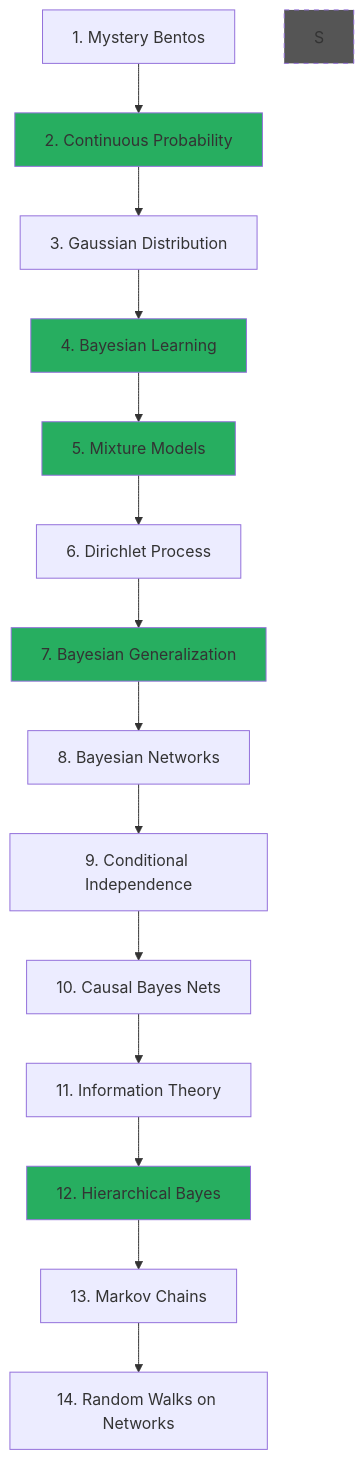
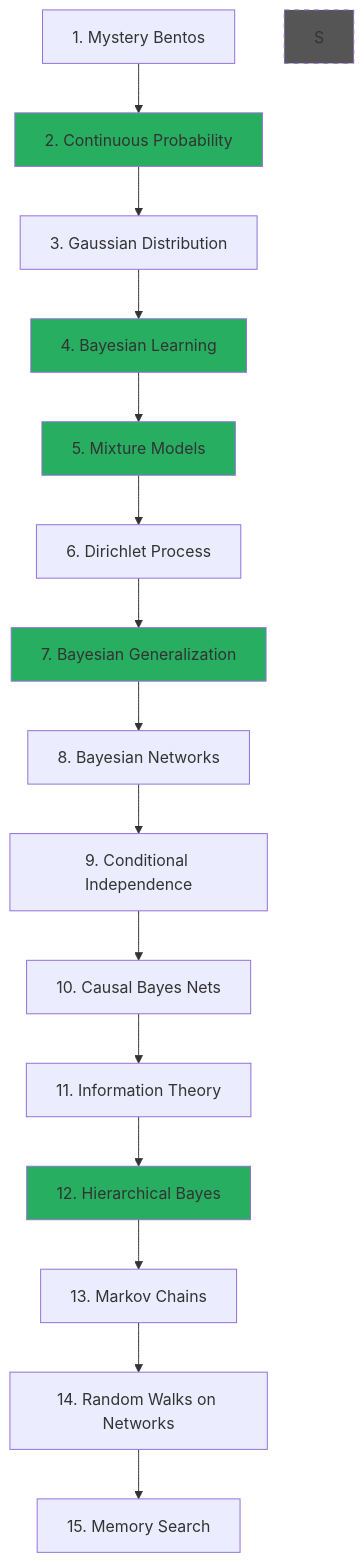
One commit to josephausterweil/probintro changed the diagram in content/intro2/_index.md. Above: the diagram before and after it, drawn with Mermaid. The commit also changed other lines of this file and 2 other files, not shown here.

First line of the commit message:
T3 Ch 15: Memory Search as a Random Walk

````diff
--- a/content/intro2/_index.md
+++ b/content/intro2/_index.md
@@ -34,25 +34,26 @@
 ```mermaid
 graph TB
     A[1. Mystery Bentos] --> B[2. Continuous Probability]
     B --> C[3. Gaussian Distribution]
     C --> D[4. Bayesian Learning]
     D --> E[5. Mixture Models]
     E --> F[6. Dirichlet Process]
     F --> G[7. Bayesian Generalization]
     G --> H[8. Bayesian Networks]
     H --> I[9. Conditional Independence]
     I --> J[10. Causal Bayes Nets]
     J --> K[11. Information Theory]
     K --> L[12. Hierarchical Bayes]
     L --> M[13. Markov Chains]
     M --> N[14. Random Walks on Networks]
+    N --> O[15. Memory Search]
 
     style B fill:#27ae60
     style D fill:#27ae60
     style E fill:#27ae60
     style G fill:#27ae60
     style L fill:#27ae60
     style S fill:#555,stroke-dasharray: 5 5
 
     classDef foundational fill:#27ae60,stroke:#333,stroke-width:2px,color:#fff
 ```
````
